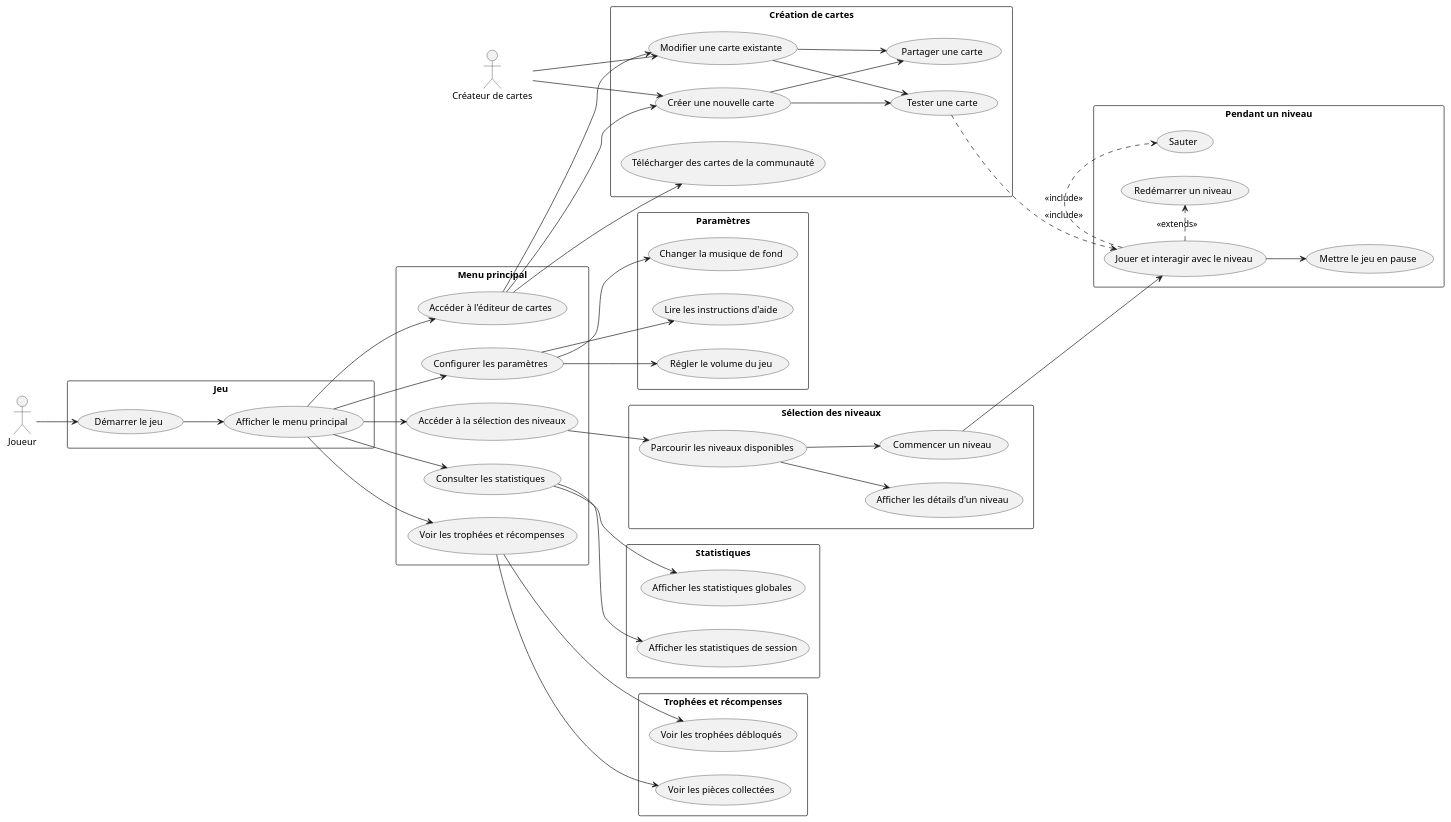
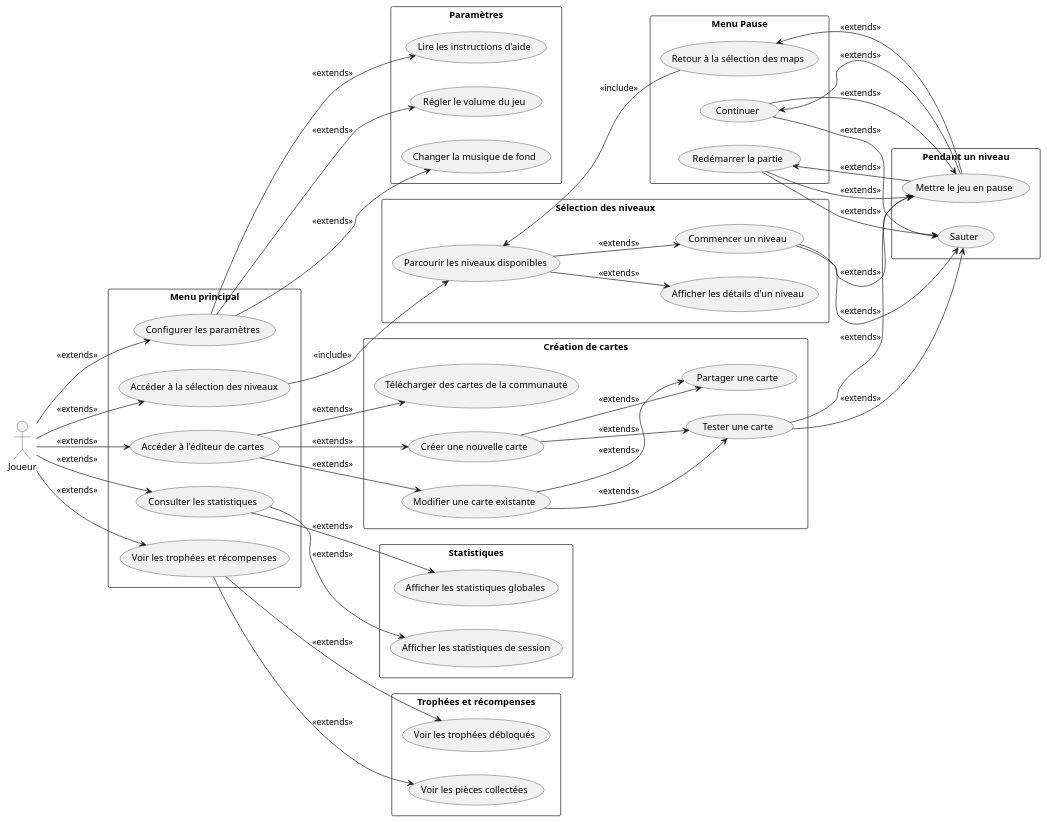
One commit to boudji-ludwig-pett/cnam-geometry-dash changed the diagram in Documentation/UML/use-case-diagram.puml. Above: the diagram before and after it, drawn with PlantUML.

Commit message:
feat: add extends and include on use case diagram

```diff
--- a/Documentation/UML/use-case-diagram.puml
+++ b/Documentation/UML/use-case-diagram.puml
@@ -1,98 +1,103 @@
 @startuml Geometry Dash - Diagramme de cas d'utilisation
 
 left to right direction
 
 actor Joueur as Joueur
-actor "Créateur de cartes" as Createur
 
-rectangle Jeu {
-  usecase "Démarrer le jeu" as DemarrerJeu
-  usecase "Afficher le menu principal" as AfficherMenu
-}
 
 rectangle "Menu principal" {
   usecase "Configurer les paramètres" as ConfigurerParametres
   usecase "Accéder à la sélection des niveaux" as SelectionNiveau
   usecase "Accéder à l'éditeur de cartes" as EditeurCartes
   usecase "Consulter les statistiques" as ConsulterStats
   usecase "Voir les trophées et récompenses" as VoirTrophees
 }
 
 rectangle "Sélection des niveaux" {
   usecase "Parcourir les niveaux disponibles" as ParcourirNiveaux
   usecase "Afficher les détails d'un niveau" as AfficherDetailsNiveau
   usecase "Commencer un niveau" as CommencerNiveau
 }
 
 rectangle "Pendant un niveau" {
-  usecase "Jouer et interagir avec le niveau" as JouerNiveau
   usecase "Sauter" as Sauter
-  usecase "Redémarrer un niveau" as RedemarrerNiveau
   usecase "Mettre le jeu en pause" as MettrePause
 }
 
 rectangle "Paramètres" {
   usecase "Régler le volume du jeu" as ReglerVolume
   usecase "Changer la musique de fond" as ChangerMusique
   usecase "Lire les instructions d'aide" as LireAide
 }
 
 rectangle "Création de cartes" {
   usecase "Créer une nouvelle carte" as CreerNouvelleCarte
   usecase "Modifier une carte existante" as ModifierCarte
   usecase "Tester une carte" as TesterCarte
   usecase "Partager une carte" as PartagerCarte
   usecase "Télécharger des cartes de la communauté" as TelechargerCartes
 }
 
 rectangle "Statistiques" {
   usecase "Afficher les statistiques globales" as AfficherStatsGlobales
   usecase "Afficher les statistiques de session" as AfficherStatsSession
 }
 
 rectangle "Trophées et récompenses" {
   usecase "Voir les trophées débloqués" as VoirTropheesDebloques
   usecase "Voir les pièces collectées" as VoirPieces
 }
 
-Joueur --> DemarrerJeu
-DemarrerJeu --> AfficherMenu
-AfficherMenu --> ConfigurerParametres
-AfficherMenu --> SelectionNiveau
-AfficherMenu --> EditeurCartes
-AfficherMenu --> ConsulterStats
-AfficherMenu --> VoirTrophees
+rectangle "Menu Pause" {
+  usecase "Continuer" as Continuer
+  usecase "Redémarrer la partie" as RedemarrerPartie
+  usecase "Retour à la sélection des maps" as RetourSelection
+}
 
-SelectionNiveau --> ParcourirNiveaux
-ParcourirNiveaux --> AfficherDetailsNiveau
-ParcourirNiveaux --> CommencerNiveau
-CommencerNiveau --> JouerNiveau
-JouerNiveau --> MettrePause
+Joueur --> ConfigurerParametres : <<extends>>
+Joueur --> SelectionNiveau : <<extends>>
+Joueur --> EditeurCartes : <<extends>>
+Joueur --> ConsulterStats : <<extends>>
+Joueur --> VoirTrophees : <<extends>>
 
-JouerNiveau .> Sauter : <<include>>
-JouerNiveau .> RedemarrerNiveau : <<extends>>
+SelectionNiveau --> ParcourirNiveaux : <<include>>
+ParcourirNiveaux --> AfficherDetailsNiveau : <<extends>>
+ParcourirNiveaux --> CommencerNiveau : <<extends>>
 
-ConfigurerParametres --> ReglerVolume
-ConfigurerParametres --> ChangerMusique
-ConfigurerParametres --> LireAide
+CommencerNiveau --> Sauter : <<extends>>
+CommencerNiveau --> MettrePause : <<extends>>
 
-EditeurCartes --> CreerNouvelleCarte
-EditeurCartes --> ModifierCarte
-CreerNouvelleCarte --> TesterCarte
-ModifierCarte --> TesterCarte
-CreerNouvelleCarte --> PartagerCarte
-ModifierCarte --> PartagerCarte
-EditeurCartes --> TelechargerCartes
+ConfigurerParametres --> ReglerVolume : <<extends>>
+ConfigurerParametres --> ChangerMusique : <<extends>>
+ConfigurerParametres --> LireAide : <<extends>>
 
-TesterCarte .> JouerNiveau : <<include>>
+EditeurCartes --> CreerNouvelleCarte : <<extends>>
+EditeurCartes --> ModifierCarte : <<extends>>
+EditeurCartes --> TelechargerCartes : <<extends>>
+CreerNouvelleCarte --> TesterCarte : <<extends>>
+ModifierCarte --> TesterCarte : <<extends>>
+CreerNouvelleCarte --> PartagerCarte : <<extends>>
+ModifierCarte --> PartagerCarte : <<extends>>
 
-ConsulterStats --> AfficherStatsGlobales
-ConsulterStats --> AfficherStatsSession
+TesterCarte--> Sauter : <<extends>>
+TesterCarte--> MettrePause : <<extends>>
 
-VoirTrophees --> VoirTropheesDebloques
-VoirTrophees --> VoirPieces
+ConsulterStats --> AfficherStatsGlobales : <<extends>>
+ConsulterStats --> AfficherStatsSession : <<extends>>
 
-Createur --> CreerNouvelleCarte
-Createur --> ModifierCarte
+VoirTrophees --> VoirTropheesDebloques : <<extends>>
+VoirTrophees --> VoirPieces : <<extends>>
+
+MettrePause --> Continuer : <<extends>>
+MettrePause --> RedemarrerPartie : <<extends>>
+MettrePause --> RetourSelection : <<extends>>
+
+RedemarrerPartie --> Sauter : <<extends>>
+RedemarrerPartie --> MettrePause : <<extends>>
+
+Continuer --> Sauter : <<extends>>
+Continuer --> MettrePause : <<extends>>
+
+RetourSelection --> ParcourirNiveaux : <<include>>
 
 @enduml
```
